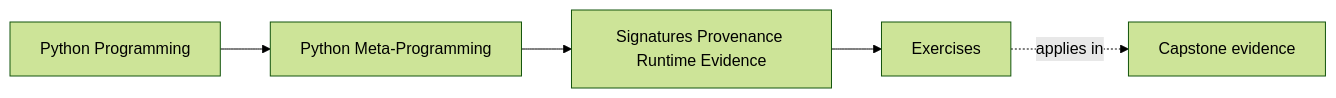
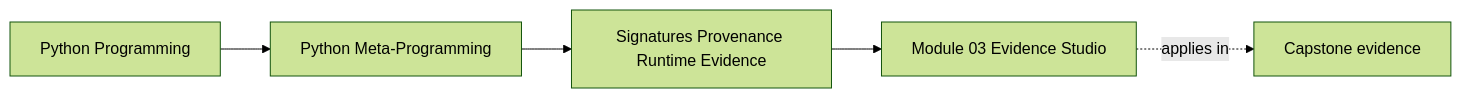
One commit to bijux/bijux-masterclass changed the first of 2 diagrams in programs/python-programming/python-meta-programming/course-book/module-03-signatures-provenance-runtime-evidence/exercises.md. Above: the diagram before and after it, drawn with Mermaid (forest theme). The commit also changed other lines of this file and 3 other files, not shown here.

Commit message:
docs(module-03): replace prompts with an evidence studio

````diff
--- a/programs/python-programming/python-meta-programming/course-book/module-03-signatures-provenance-runtime-evidence/exercises.md
+++ b/programs/python-programming/python-meta-programming/course-book/module-03-signatures-provenance-runtime-evidence/exercises.md
@@ -7,11 +6,11 @@
 ```mermaid
 graph LR
   family["Python Programming"]
   program["Python Meta-Programming"]
   section["Signatures Provenance Runtime Evidence"]
-  page["Exercises"]
+  page["Module 03 Evidence Studio"]
   capstone["Capstone evidence"]
 
   family --> program --> section --> page
   page -.applies in.-> capstone
 ```
````
